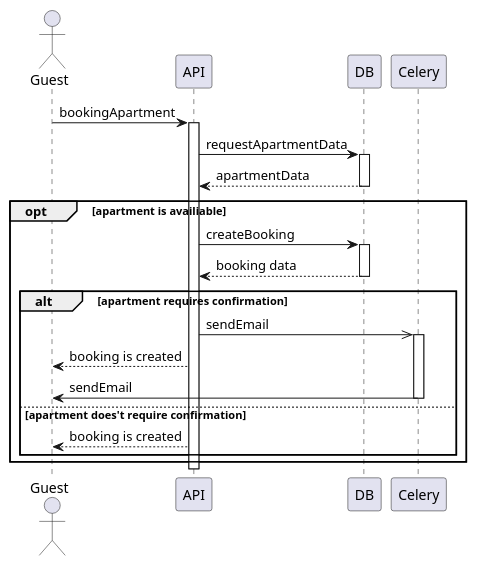
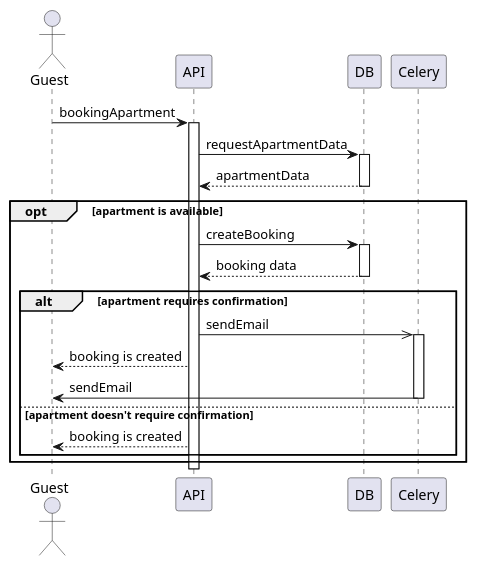
One commit to opvlad/kpi-mavpz changed the diagram in lab3/sequence-2.md. Above: the diagram before and after it, drawn with PlantUML. The commit also changed 2 other files, not shown here.

````diff
--- a/lab3/sequence-2.md
+++ b/lab3/sequence-2.md
@@ -2,32 +2,32 @@
 ```plantuml
 @startuml
 
 actor Guest as guest
 
 guest -> API : bookingApartment
 
 activate API
 API -> DB : requestApartmentData
 activate DB
 DB --> API : apartmentData
 deactivate DB
 
-opt apartment is availiable
+opt apartment is available
 API -> DB : createBooking
 activate DB 
 DB --> API : booking data 
 deactivate DB
 alt apartment requires confirmation
 API ->> Celery : sendEmail
 activate Celery
 API --> guest : booking is created
 Celery -> guest : sendEmail
 deactivate Celery
-else apartment does't require confirmation
+else apartment doesn't require confirmation
 API --> guest : booking is created
 end
 end
 deactivate API
 
 @enduml
 ```
````
